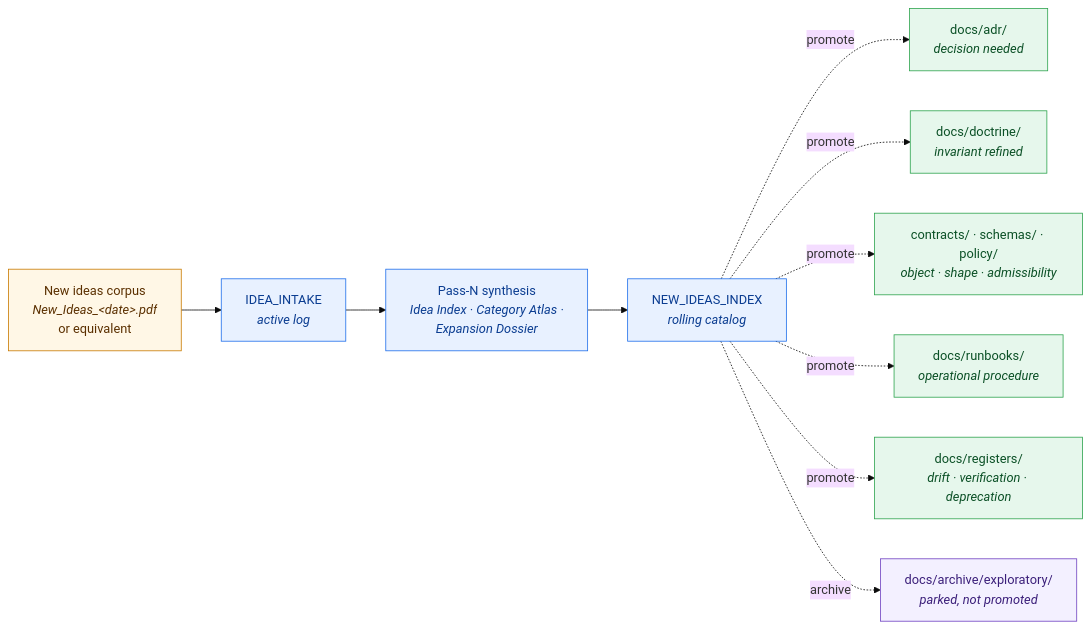
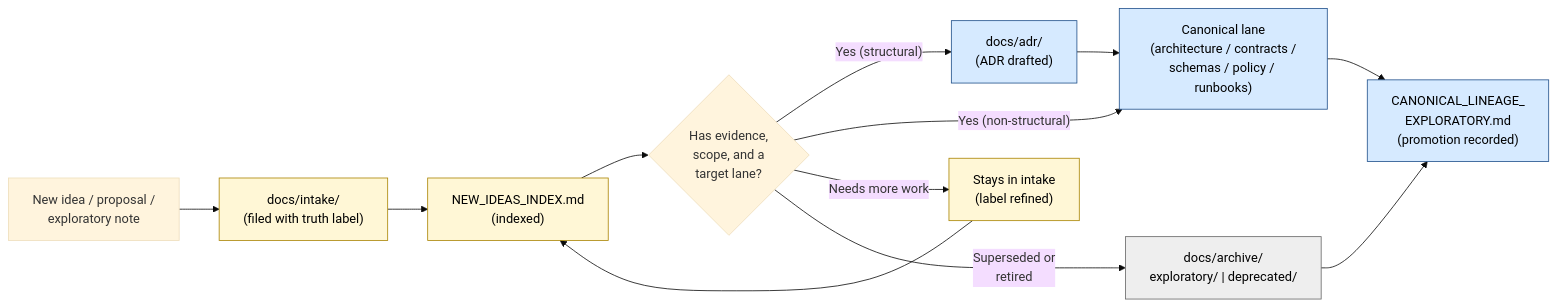
The first of 2 diagrams in docs/intake/README.md (bartytime4life/Kansas-Frontier-Matrix), drawn with Mermaid (base theme) before and after one commit. The commit also changed other lines of this file, not shown here.

````diff
--- a/docs/intake/README.md
+++ b/docs/intake/README.md
@@ -235,28 +213,21 @@
 ```mermaid
 flowchart LR
-    A["New ideas corpus<br/><i>New_Ideas_&lt;date&gt;.pdf</i><br/>or equivalent"]:::raw
-    B["IDEA_INTAKE<br/><i>active log</i>"]:::intake
-    C["Pass-N synthesis<br/><i>Idea Index · Category Atlas ·<br/>Expansion Dossier</i>"]:::intake
-    D["NEW_IDEAS_INDEX<br/><i>rolling catalog</i>"]:::intake
+  A["New idea / proposal /<br/>exploratory note"] --> B["docs/intake/<br/>(filed with truth label)"]
+  B --> C["NEW_IDEAS_INDEX.md<br/>(indexed)"]
+  C --> D{"Has evidence,<br/>scope, and a<br/>target lane?"}
+  D -- "Yes (structural)" --> E["docs/adr/<br/>(ADR drafted)"]
+  D -- "Yes (non-structural)" --> F["Canonical lane<br/>(architecture / contracts /<br/>schemas / policy / runbooks)"]
+  D -- "Needs more work" --> G["Stays in intake<br/>(label refined)"]
+  D -- "Superseded or<br/>retired" --> H["docs/archive/<br/>exploratory/ | deprecated/"]
+  E --> F
+  F --> I["CANONICAL_LINEAGE_<br/>EXPLORATORY.md<br/>(promotion recorded)"]
+  H --> I
+  G --> C
 
-    P1["docs/adr/<br/><i>decision needed</i>"]:::promote
-    P2["docs/doctrine/<br/><i>invariant refined</i>"]:::promote
-    P3["contracts/ · schemas/ · policy/<br/><i>object · shape · admissibility</i>"]:::promote
-    P4["docs/runbooks/<br/><i>operational procedure</i>"]:::promote
-    P5["docs/registers/<br/><i>drift · verification · deprecation</i>"]:::promote
-
-    Z["docs/archive/exploratory/<br/><i>parked, not promoted</i>"]:::archive
-
-    A --> B --> C --> D
-    D -.->|promote| P1
-    D -.->|promote| P2
-    D -.->|promote| P3
-    D -.->|promote| P4
-    D -.->|promote| P5
-    D -.->|archive| Z
-
-    classDef raw fill:#fff7e6,stroke:#c97a00,color:#5b3000,stroke-width:1px
-    classDef intake fill:#e8f1ff,stroke:#1f6feb,color:#0b3d91,stroke-width:1px
-    classDef promote fill:#e6f7ec,stroke:#2ea44f,color:#0b5026,stroke-width:1px
-    classDef archive fill:#f3f0ff,stroke:#6f42c1,color:#3b1f7a,stroke-width:1px
+  classDef intake fill:#fff7d6,stroke:#a98300,color:#000;
+  classDef canon  fill:#d6eaff,stroke:#1f4f8a,color:#000;
+  classDef archive fill:#eee,stroke:#666,color:#000;
+  class B,C,G intake;
+  class E,F,I canon;
+  class H archive;
 ```
````
